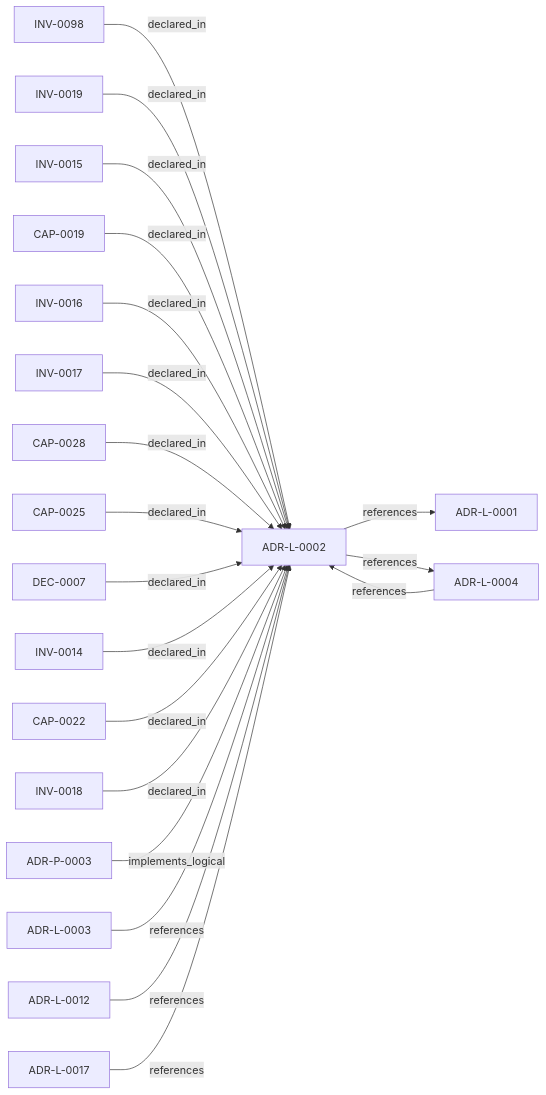
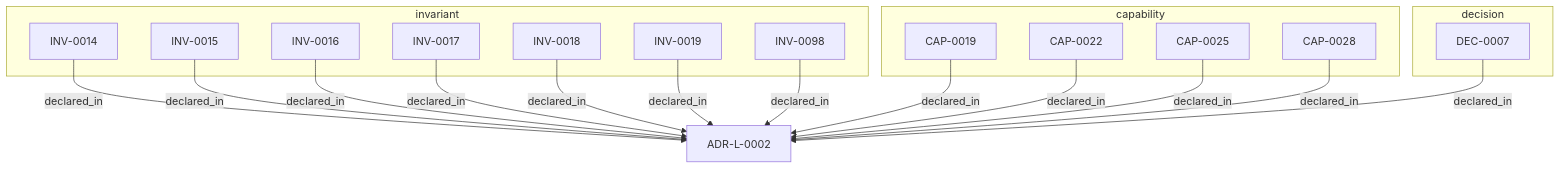
One commit to egallmann/adr-architecture-kit changed the second of 2 diagrams in adrs/adr-projection/logical/ADR-L-0002-multi-scope-adr-architecture-for-sub-module-development.md. Above: the diagram before and after it, drawn with Mermaid. The commit also changed other lines of this file and 177 other files, not shown here.

````diff
--- a/adrs/adr-projection/logical/ADR-L-0002-multi-scope-adr-architecture-for-sub-module-development.md
+++ b/adrs/adr-projection/logical/ADR-L-0002-multi-scope-adr-architecture-for-sub-module-development.md
@@ -51,41 +165,34 @@
 ```mermaid
-flowchart LR
-  n_019fee89_e615_70a5_861b_b2dde147e5af["ADR-L-0001"]
-  n_019fee89_e615_70ae_af3e_bd510f15d321["INV-0098"]
-  n_019fee89_e615_7169_8a2e_9192ab77b526["INV-0019"]
-  n_019fee89_e615_7478_ab17_36426863f751["INV-0015"]
-  n_019fee89_e615_7577_8d37_dd0df031bec9["ADR-L-0004"]
-  n_019fee89_e615_77f6_9b1f_695732d25443["ADR-L-0003"]
-  n_019fee89_e615_78f5_903a_4c5d1bab8f38["CAP-0019"]
-  n_019fee89_e615_7911_ac25_c8772b55ffbb["INV-0016"]
-  n_019fee89_e615_7a25_9d3f_1758c79a12e7["INV-0017"]
-  n_019fee89_e615_7aa2_8817_c4f468c90b66["CAP-0028"]
-  n_019fee89_e615_7ba4_bd19_1d7abf1a3ed2["CAP-0025"]
-  n_019fee89_e615_7d71_9517_aeb9fe601fd6["DEC-0007"]
-  n_019fee89_e615_7db0_a219_22110deb7ed0["INV-0014"]
-  n_019fee89_e615_7dc5_983a_beb68ed34cde["CAP-0022"]
+flowchart TB
   n_019fee89_e615_7f19_810b_c7b33a9d9e0d["ADR-L-0002"]
-  n_019fee89_e615_7f59_842e_2dc1fcfbc380["INV-0018"]
-  n_019fee89_e616_744f_b63e_5ecddf344faa["ADR-L-0012"]
-  n_019fee89_e617_7ff5_863b_1eef71637b0f["ADR-L-0017"]
-  n_019fee89_e618_742f_951d_d29401d56c19["ADR-P-0003"]
+  subgraph sg_capability["capability"]
+    n_019fee89_e615_78f5_903a_4c5d1bab8f38["CAP-0019"]
+    n_019fee89_e615_7dc5_983a_beb68ed34cde["CAP-0022"]
+    n_019fee89_e615_7ba4_bd19_1d7abf1a3ed2["CAP-0025"]
+    n_019fee89_e615_7aa2_8817_c4f468c90b66["CAP-0028"]
+  end
+  subgraph sg_decision["decision"]
+    n_019fee89_e615_7d71_9517_aeb9fe601fd6["DEC-0007"]
+  end
+  subgraph sg_invariant["invariant"]
+    n_019fee89_e615_7db0_a219_22110deb7ed0["INV-0014"]
+    n_019fee89_e615_7478_ab17_36426863f751["INV-0015"]
+    n_019fee89_e615_7911_ac25_c8772b55ffbb["INV-0016"]
+    n_019fee89_e615_7a25_9d3f_1758c79a12e7["INV-0017"]
+    n_019fee89_e615_7f59_842e_2dc1fcfbc380["INV-0018"]
+    n_019fee89_e615_7169_8a2e_9192ab77b526["INV-0019"]
+    n_019fee89_e615_70ae_af3e_bd510f15d321["INV-0098"]
+  end
   n_019fee89_e615_70ae_af3e_bd510f15d321 -->|"declared_in"| n_019fee89_e615_7f19_810b_c7b33a9d9e0d
   n_019fee89_e615_7169_8a2e_9192ab77b526 -->|"declared_in"| n_019fee89_e615_7f19_810b_c7b33a9d9e0d
   n_019fee89_e615_7478_ab17_36426863f751 -->|"declared_in"| n_019fee89_e615_7f19_810b_c7b33a9d9e0d
   n_019fee89_e615_78f5_903a_4c5d1bab8f38 -->|"declared_in"| n_019fee89_e615_7f19_810b_c7b33a9d9e0d
   n_019fee89_e615_7911_ac25_c8772b55ffbb -->|"declared_in"| n_019fee89_e615_7f19_810b_c7b33a9d9e0d
   n_019fee89_e615_7a25_9d3f_1758c79a12e7 -->|"declared_in"| n_019fee89_e615_7f19_810b_c7b33a9d9e0d
   n_019fee89_e615_7aa2_8817_c4f468c90b66 -->|"declared_in"| n_019fee89_e615_7f19_810b_c7b33a9d9e0d
   n_019fee89_e615_7ba4_bd19_1d7abf1a3ed2 -->|"declared_in"| n_019fee89_e615_7f19_810b_c7b33a9d9e0d
   n_019fee89_e615_7d71_9517_aeb9fe601fd6 -->|"declared_in"| n_019fee89_e615_7f19_810b_c7b33a9d9e0d
   n_019fee89_e615_7db0_a219_22110deb7ed0 -->|"declared_in"| n_019fee89_e615_7f19_810b_c7b33a9d9e0d
   n_019fee89_e615_7dc5_983a_beb68ed34cde -->|"declared_in"| n_019fee89_e615_7f19_810b_c7b33a9d9e0d
   n_019fee89_e615_7f59_842e_2dc1fcfbc380 -->|"declared_in"| n_019fee89_e615_7f19_810b_c7b33a9d9e0d
-  n_019fee89_e618_742f_951d_d29401d56c19 -->|"implements_logical"| n_019fee89_e615_7f19_810b_c7b33a9d9e0d
-  n_019fee89_e615_7577_8d37_dd0df031bec9 -->|"references"| n_019fee89_e615_7f19_810b_c7b33a9d9e0d
-  n_019fee89_e615_77f6_9b1f_695732d25443 -->|"references"| n_019fee89_e615_7f19_810b_c7b33a9d9e0d
-  n_019fee89_e615_7f19_810b_c7b33a9d9e0d -->|"references"| n_019fee89_e615_70a5_861b_b2dde147e5af
-  n_019fee89_e615_7f19_810b_c7b33a9d9e0d -->|"references"| n_019fee89_e615_7577_8d37_dd0df031bec9
-  n_019fee89_e616_744f_b63e_5ecddf344faa -->|"references"| n_019fee89_e615_7f19_810b_c7b33a9d9e0d
-  n_019fee89_e617_7ff5_863b_1eef71637b0f -->|"references"| n_019fee89_e615_7f19_810b_c7b33a9d9e0d
 ```
````
